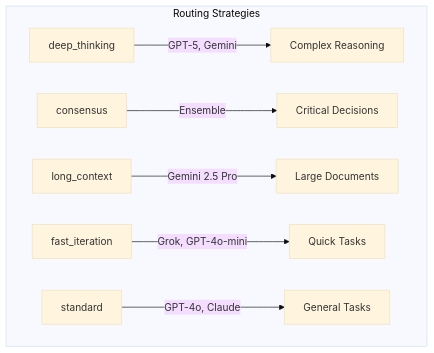
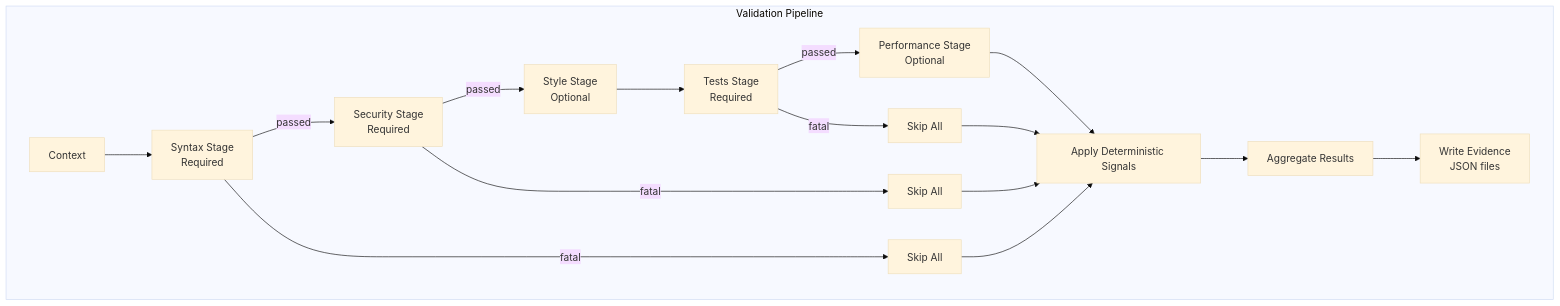
The tenth of 15 diagrams in README.md (Tony363/SuperClaude), drawn with Mermaid (base theme) before and after one commit. The commit also changed other lines of this file, not shown here.

First line of the commit message:
docs: comprehensive README update with multi-model consensus

````diff
--- a/README.md
+++ b/README.md
@@ -482,10 +532,25 @@
 ```mermaid
-graph TB
-    subgraph "Routing Strategies"
-        DT[deep_thinking] --> |GPT-5, Gemini| Complex[Complex Reasoning]
-        CS[consensus] --> |Ensemble| Critical[Critical Decisions]
-        LC[long_context] --> |Gemini 2.5 Pro| Large[Large Documents]
-        FI[fast_iteration] --> |Grok, GPT-4o-mini| Quick[Quick Tasks]
-        ST[standard] --> |GPT-4o, Claude| General[General Tasks]
+flowchart TB
+    subgraph "Validation Pipeline"
+        Input[Context] --> Syntax[Syntax Stage<br/>Required]
+
+        Syntax -->|passed| Security[Security Stage<br/>Required]
+        Syntax -->|fatal| Skip1[Skip All]
+
+        Security -->|passed| Style[Style Stage<br/>Optional]
+        Security -->|fatal| Skip2[Skip All]
+
+        Style --> Tests[Tests Stage<br/>Required]
+
+        Tests -->|passed| Perf[Performance Stage<br/>Optional]
+        Tests -->|fatal| Skip3[Skip All]
+
+        Perf --> Signals[Apply Deterministic Signals]
+        Skip1 --> Signals
+        Skip2 --> Signals
+        Skip3 --> Signals
+
+        Signals --> Results[Aggregate Results]
+        Results --> Evidence[Write Evidence<br/>JSON files]
     end
 ```
````
